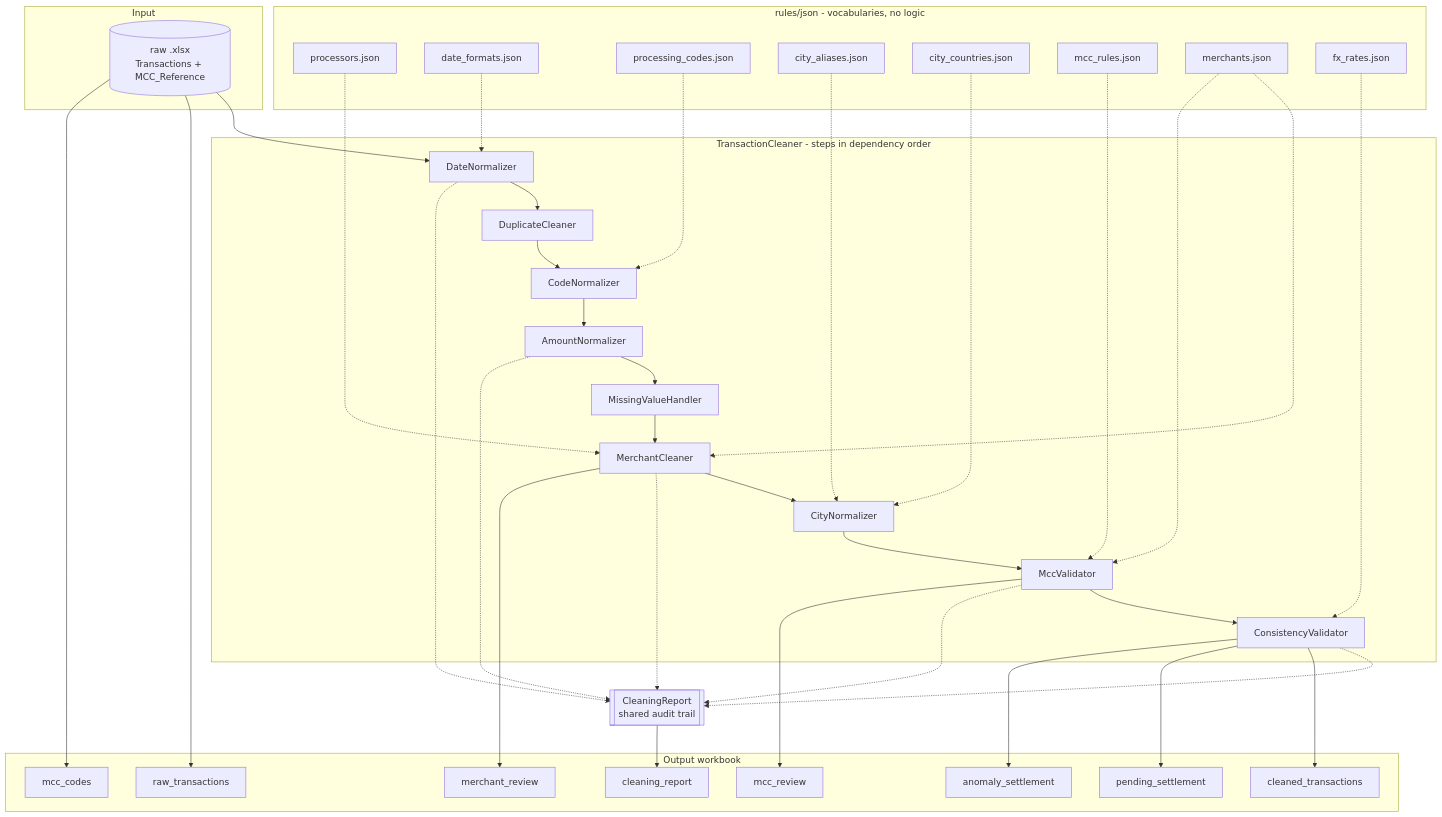
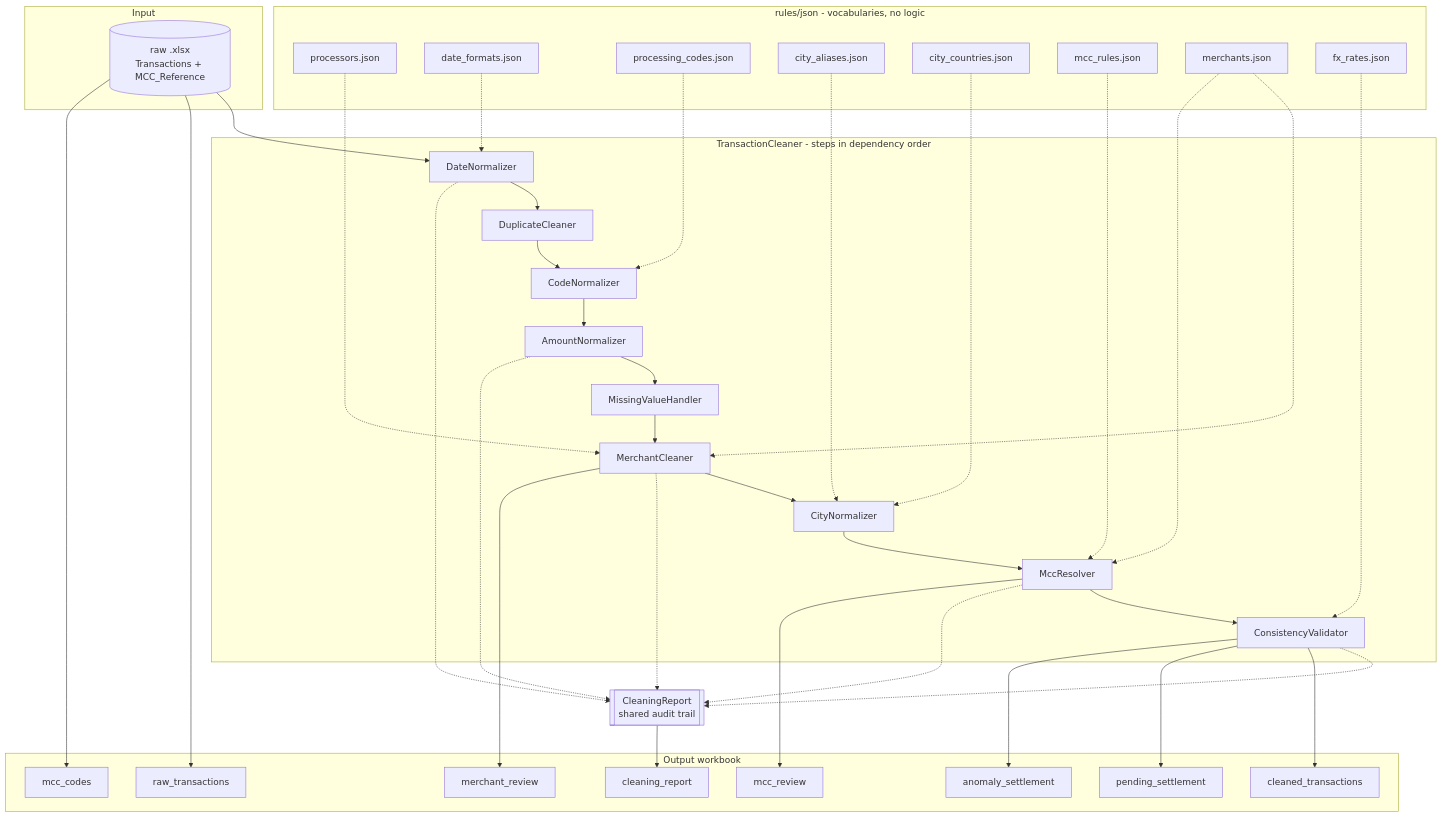
Before and after one commit to jam-makh/clean_data_task: the diagram in README.md, drawn with Mermaid. The commit also changed other lines of this file and 7 other files, not shown here.

Commit message:
Stage 1: final cleaner layout before Stage 2 re-architecture

````diff
--- a/README.md
+++ b/README.md
@@ -56,68 +56,68 @@
 ```mermaid
 flowchart TD
     subgraph input[Input]
         RAW[("raw .xlsx<br/>Transactions + MCC_Reference")]
     end
 
     subgraph rules[rules/json - vocabularies, no logic]
         R1[processors.json]
         R2[date_formats.json]
         R3[processing_codes.json]
         R4[city_aliases.json]
         R7[city_countries.json]
         R5[mcc_rules.json]
         R6[merchants.json]
         R8[fx_rates.json]
     end
 
     subgraph pipe[TransactionCleaner - steps in dependency order]
         S1[DateNormalizer]
         S2[DuplicateCleaner]
         S3[CodeNormalizer]
         S4[AmountNormalizer]
         S5[MissingValueHandler]
         S6[MerchantCleaner]
         S7[CityNormalizer]
-        S8[MccValidator]
+        S8[MccResolver]
         S9[ConsistencyValidator]
     end
 
     REP[["CleaningReport<br/>shared audit trail"]]
 
     subgraph output[Output workbook]
         O1[raw_transactions]
         O2[cleaned_transactions]
         O3[mcc_codes]
         O4[pending_settlement]
         O5[anomaly_settlement]
         O6[merchant_review]
         O7[mcc_review]
         O8[cleaning_report]
     end
 
     RAW --> S1 --> S2 --> S3 --> S4 --> S5 --> S6 --> S7 --> S8 --> S9
     R2 -.-> S1
     R3 -.-> S3
     R1 -.-> S6
     R4 -.-> S7
     R7 -.-> S7
     R5 -.-> S8
     R6 -.-> S6
     R6 -.-> S8
     R8 -.-> S9
 
     S1 -.-> REP
     S4 -.-> REP
     S6 -.-> REP
     S8 -.-> REP
     S9 -.-> REP
 
     S9 --> O2
     RAW --> O1
     RAW --> O3
     S9 --> O4
     S9 --> O5
     S6 --> O6
     S8 --> O7
     REP --> O8
 ```
````
